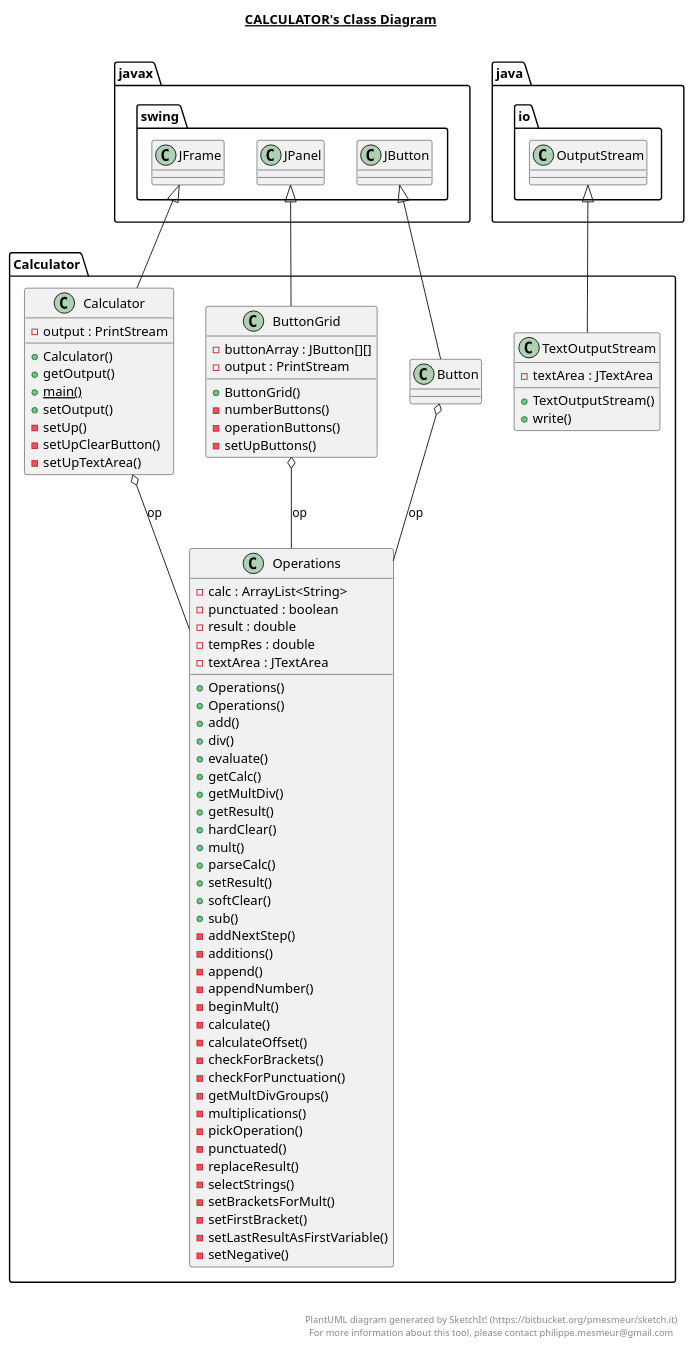
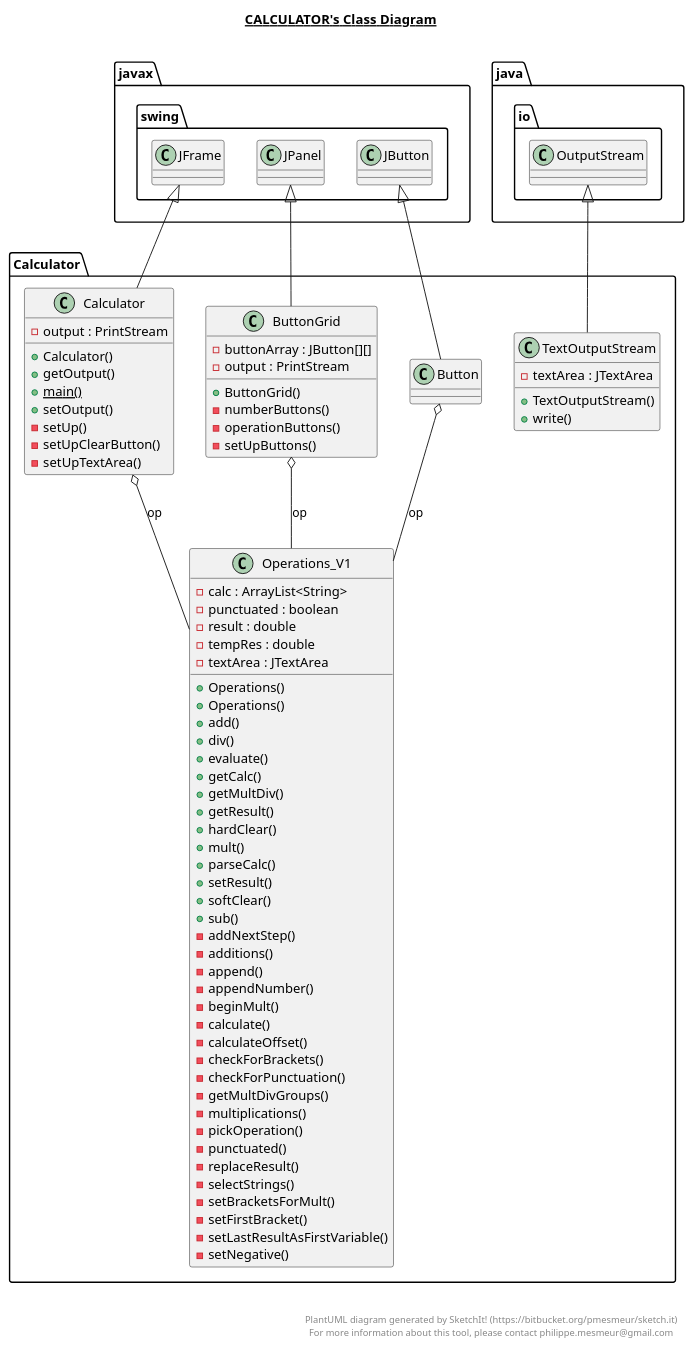
Before and after one commit to CptMeh/Project_0: the diagram in out/production/Project_0/Calculator/Calculator.plantuml, drawn with PlantUML. The commit also changed 17 other files, not shown here.

```diff
--- a/out/production/Project_0/Calculator/Calculator.plantuml
+++ b/out/production/Project_0/Calculator/Calculator.plantuml
@@ -1,101 +1,101 @@
 @startuml
 
 title __CALCULATOR's Class Diagram__\n
 
 
   namespace Calculator {
     class Calculator.ButtonGrid {
         - buttonArray : JButton[][]
         - output : PrintStream
         + ButtonGrid()
         - numberButtons()
         - operationButtons()
         - setUpButtons()
     }
   }
   
 
   namespace Calculator {
     class Calculator.Calculator {
         - output : PrintStream
         + Calculator()
         + getOutput()
         {static} + main()
         + setOutput()
         - setUp()
         - setUpClearButton()
         - setUpTextArea()
     }
   }
   
 
   namespace Calculator {
-    class Calculator.Operations {
+    class Calculator.Operations_V1 {
         - calc : ArrayList<String>
         - punctuated : boolean
         - result : double
         - tempRes : double
         - textArea : JTextArea
         + Operations()
         + Operations()
         + add()
         + div()
         + evaluate()
         + getCalc()
         + getMultDiv()
         + getResult()
         + hardClear()
         + mult()
         + parseCalc()
         + setResult()
         + softClear()
         + sub()
         - addNextStep()
         - additions()
         - append()
         - appendNumber()
         - beginMult()
         - calculate()
         - calculateOffset()
         - checkForBrackets()
         - checkForPunctuation()
         - getMultDivGroups()
         - multiplications()
         - pickOperation()
         - punctuated()
         - replaceResult()
         - selectStrings()
         - setBracketsForMult()
         - setFirstBracket()
         - setLastResultAsFirstVariable()
         - setNegative()
     }
   }
   
 
   namespace Calculator {
     class Calculator.TextOutputStream {
         - textArea : JTextArea
         + TextOutputStream()
         + write()
     }
   }
   
 
   Calculator.Button -up-|> javax.swing.JButton
-  Calculator.Button o-- Calculator.Operations : op
+  Calculator.Button o-- Calculator.Operations_V1 : op
   Calculator.ButtonGrid -up-|> javax.swing.JPanel
-  Calculator.ButtonGrid o-- Calculator.Operations : op
+  Calculator.ButtonGrid o-- Calculator.Operations_V1 : op
   Calculator.Calculator -up-|> javax.swing.JFrame
-  Calculator.Calculator o-- Calculator.Operations : op
+  Calculator.Calculator o-- Calculator.Operations_V1 : op
   Calculator.TextOutputStream -up-|> java.io.OutputStream
 
 
 right footer
 
 
 PlantUML diagram generated by SketchIt! (https://bitbucket.org/pmesmeur/sketch.it)
 For more information about this tool, please contact philippe.mesmeur@gmail.com
 endfooter
 
 @enduml
```
